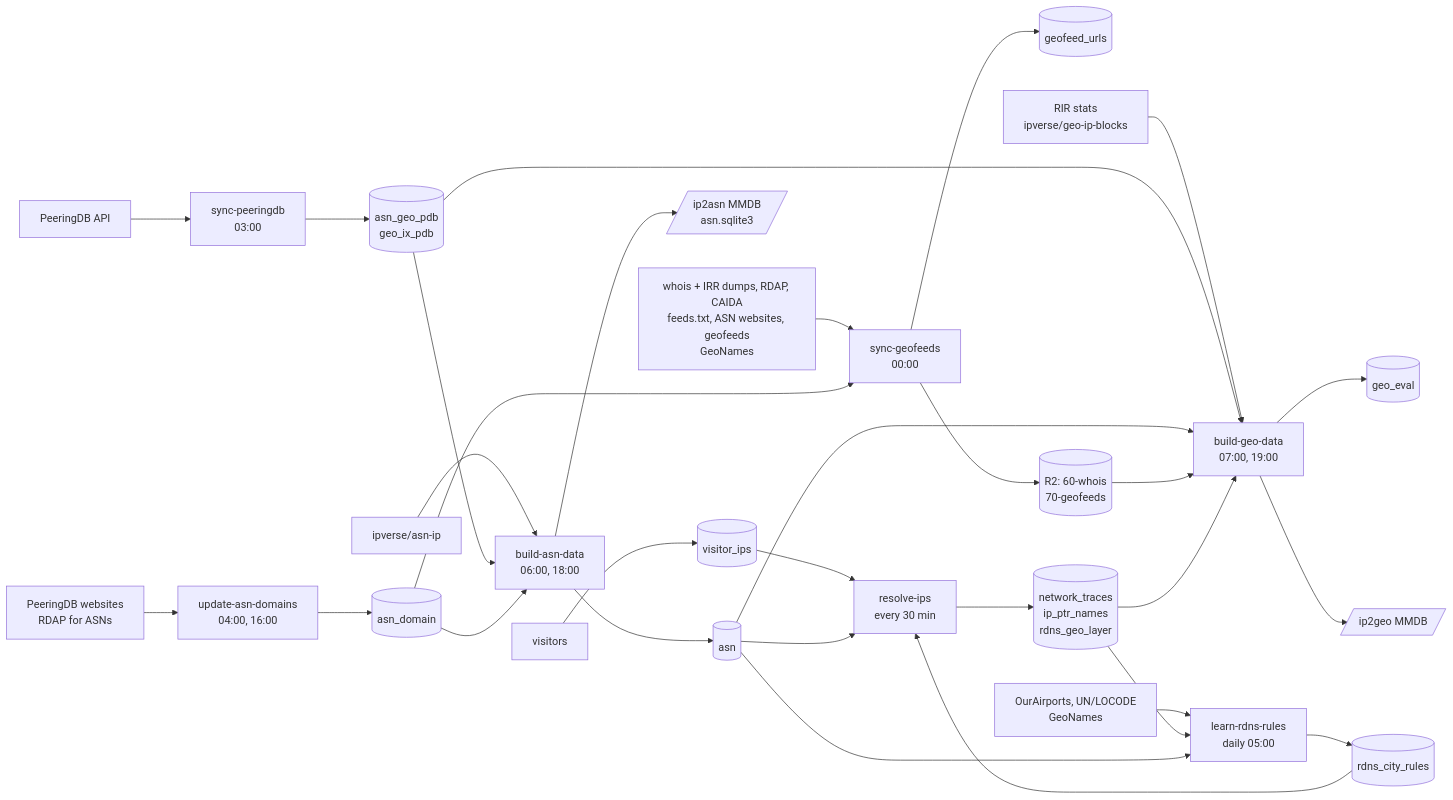
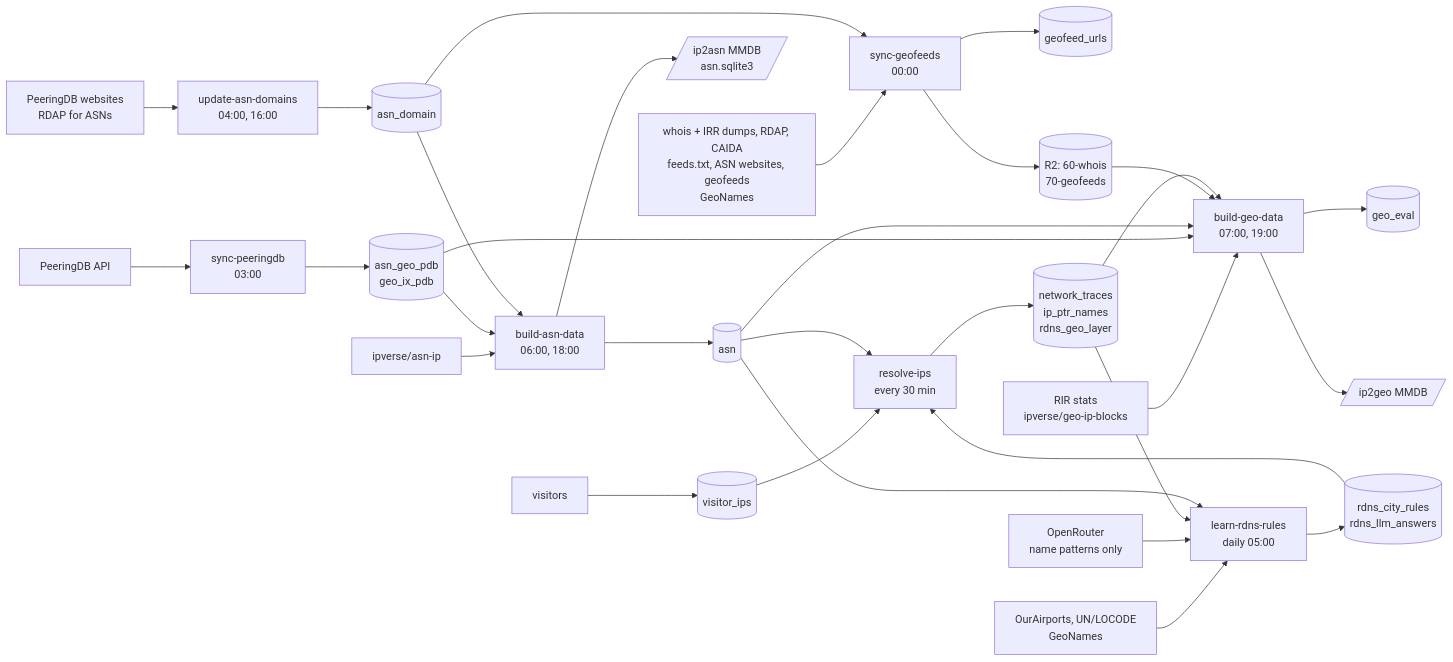
Before and after one commit to shingrus/openipdata.org: the diagram in docs/pipeline.md, drawn with Mermaid. The commit also changed other lines of this file and 21 other files, not shown here.

First line of the commit message:
rdnsrules: propose-codes, LLM city codes as rank-4 rules

````diff
--- a/docs/pipeline.md
+++ b/docs/pipeline.md
@@ -9,32 +9,33 @@
 ```mermaid
 flowchart LR
   pdbapi[PeeringDB API] --> pdb[sync-peeringdb<br/>03:00]
   pdb --> t_pdb[(asn_geo_pdb<br/>geo_ix_pdb)]
   rdapasn[PeeringDB websites<br/>RDAP for ASNs] --> dom[update-asn-domains<br/>04:00, 16:00]
   dom --> t_dom[(asn_domain)]
   asnip[ipverse/asn-ip] --> asn[build-asn-data<br/>06:00, 18:00]
   t_pdb --> asn
   t_dom --> asn
   asn --> t_asn[(asn)]
   asn --> pub_asn[/ip2asn MMDB<br/>asn.sqlite3/]
   whois[whois + IRR dumps, RDAP, CAIDA<br/>feeds.txt, ASN websites, geofeeds<br/>GeoNames] --> gf[sync-geofeeds<br/>00:00]
   t_dom --> gf
   gf --> t_gf[(geofeed_urls)]
   gf --> r2[(R2: 60-whois<br/>70-geofeeds)]
   rir[RIR stats<br/>ipverse/geo-ip-blocks] --> geo[build-geo-data<br/>07:00, 19:00]
   t_pdb --> geo
   t_asn --> geo
   r2 --> geo
   geo --> t_eval[(geo_eval)]
   geo --> pub_geo[/ip2geo MMDB/]
   visitors[visitors] --> t_vis[(visitor_ips)]
   t_vis --> rd[resolve-ips<br/>every 30 min]
   t_asn --> rd
   rd --> t_rd[(network_traces<br/>ip_ptr_names<br/>rdns_geo_layer)]
   t_rd --> geo
   places[OurAirports, UN/LOCODE<br/>GeoNames] --> learn[learn-rdns-rules<br/>daily 05:00]
+  llm[OpenRouter<br/>name patterns only] --> learn
   t_rd --> learn
   t_asn --> learn
-  learn --> t_rules[(rdns_city_rules)]
+  learn --> t_rules[(rdns_city_rules<br/>rdns_llm_answers)]
   t_rules --> rd
 ```
````
